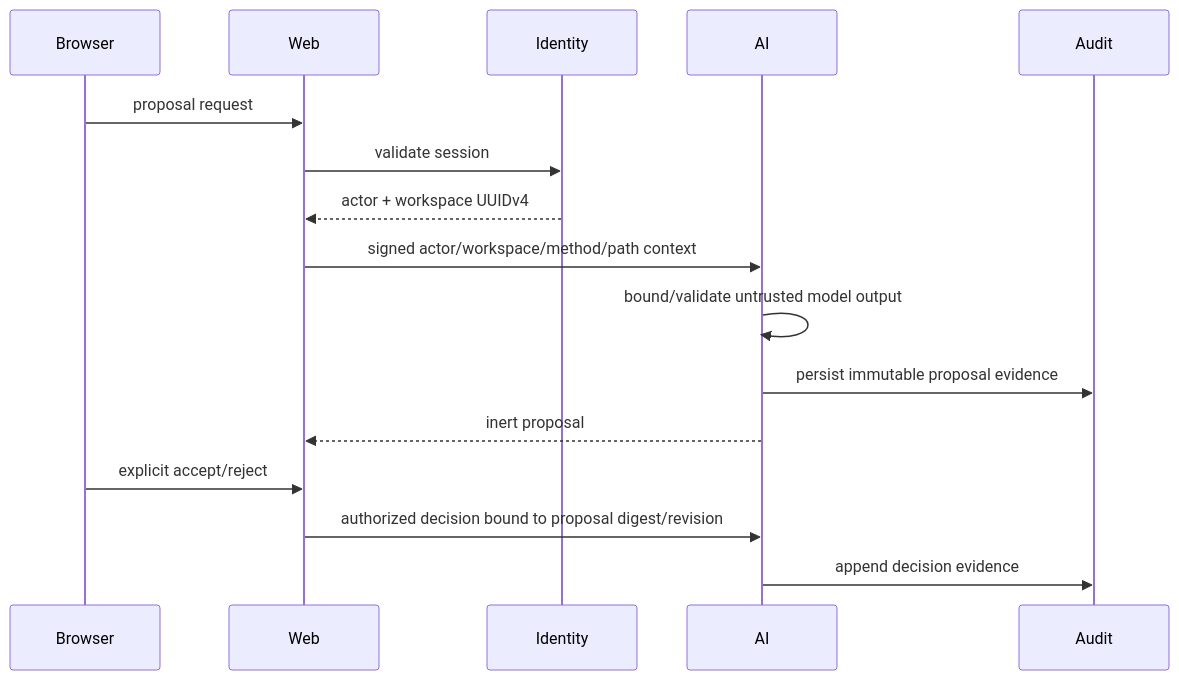
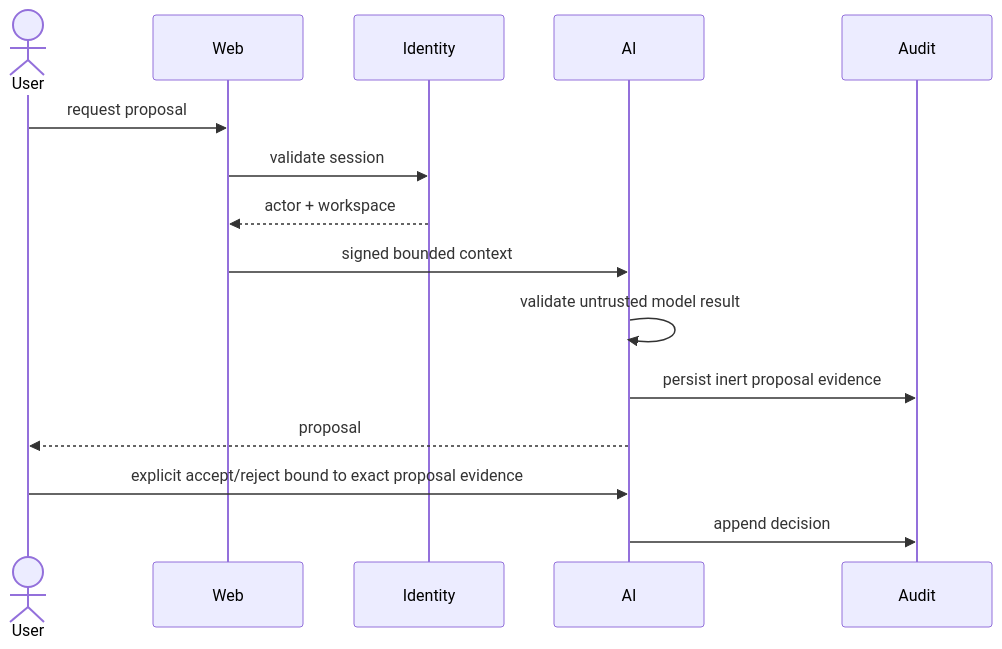
The eighth of 14 diagrams in docs/UML.md (ContextualWisdomLab/life-os), drawn with Mermaid before and after one commit. The commit also changed other lines of this file, not shown here.

Commit message:
docs(uml): reconcile current integration and verification flows

````diff
--- a/docs/UML.md
+++ b/docs/UML.md
@@ -146,18 +137,17 @@
 ```mermaid
 sequenceDiagram
-    participant Browser
+    actor User
     participant Web
     participant Identity
     participant AI
     participant Audit
-    Browser->>Web: proposal request
+    User->>Web: request proposal
     Web->>Identity: validate session
-    Identity-->>Web: actor + workspace UUIDv4
-    Web->>AI: signed actor/workspace/method/path context
-    AI->>AI: bound/validate untrusted model output
-    AI->>Audit: persist immutable proposal evidence
-    AI-->>Web: inert proposal
-    Browser->>Web: explicit accept/reject
-    Web->>AI: authorized decision bound to proposal digest/revision
-    AI->>Audit: append decision evidence
+    Identity-->>Web: actor + workspace
+    Web->>AI: signed bounded context
+    AI->>AI: validate untrusted model result
+    AI->>Audit: persist inert proposal evidence
+    AI-->>User: proposal
+    User->>AI: explicit accept/reject bound to exact proposal evidence
+    AI->>Audit: append decision
 ```
````
